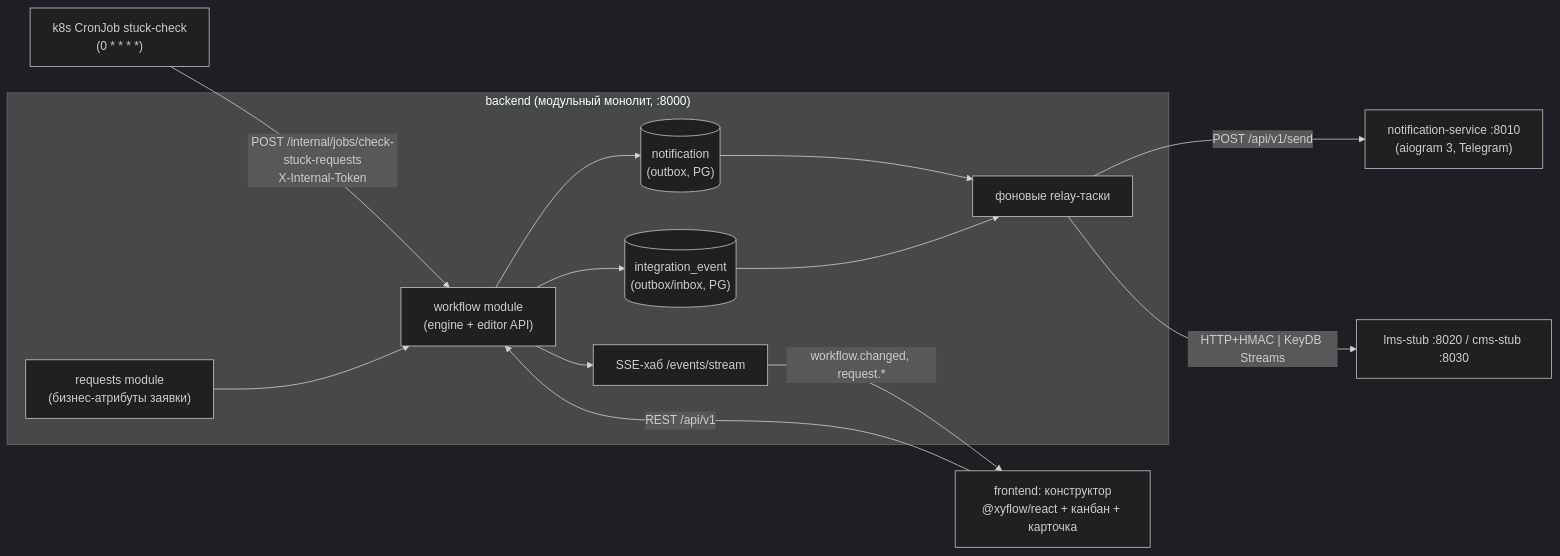
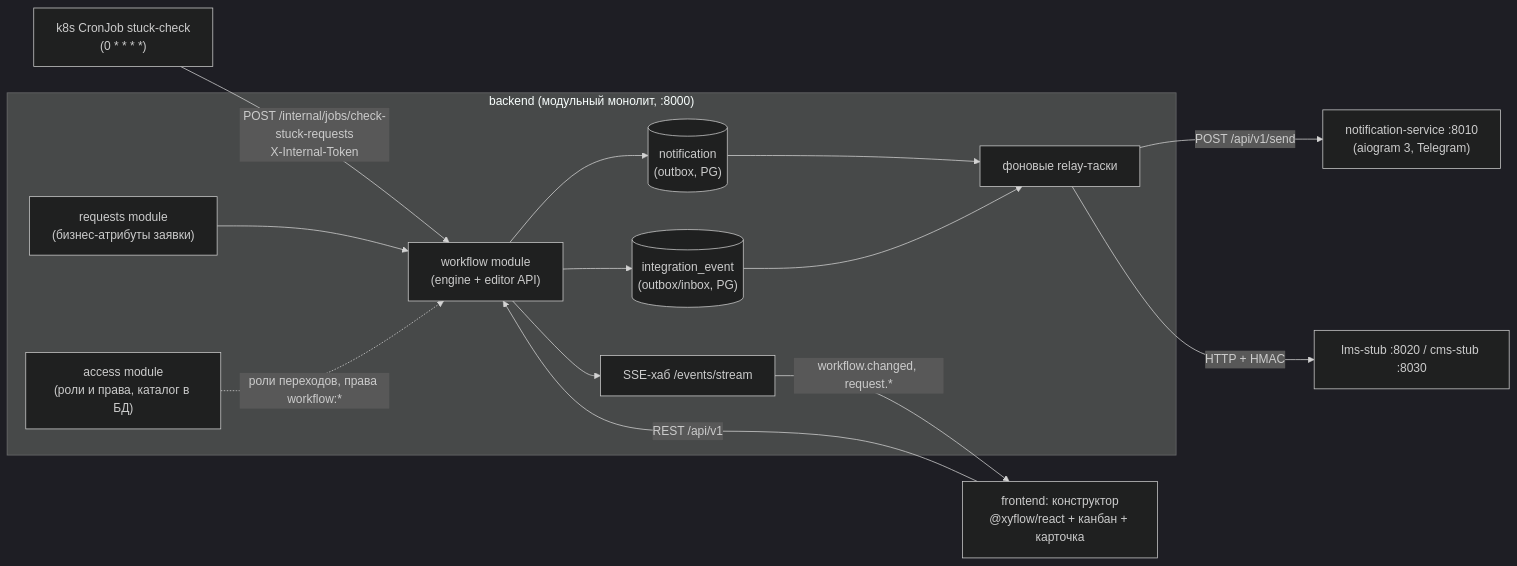
The first of 3 diagrams in docs/design/workflow-engine.md (ilya2108/Collabse-LCT-Alma), drawn with Mermaid (dark theme) before and after one commit. The commit also changed other lines of this file and 26 other files, not shown here.

````diff
--- a/docs/design/workflow-engine.md
+++ b/docs/design/workflow-engine.md
@@ -40,17 +43,19 @@
 ```mermaid
 flowchart LR
     subgraph backend["backend (модульный монолит, :8000)"]
         WF["workflow module\n(engine + editor API)"]
         REQ["requests module\n(бизнес-атрибуты заявки)"]
+        ACC["access module\n(роли и права, каталог в БД)"]
         NOTIF_OB[("notification\n(outbox, PG)")]
         INTG_OB[("integration_event\n(outbox/inbox, PG)")]
         RELAY["фоновые relay-таски"]
         SSE["SSE-хаб /events/stream"]
     end
     UI["frontend: конструктор\n@xyflow/react + канбан + карточка"] -->|REST /api/v1| WF
     CRON["k8s CronJob stuck-check\n(0 * * * *)"] -->|"POST /internal/jobs/check-stuck-requests\nX-Internal-Token"| WF
     WF --> NOTIF_OB --> RELAY -->|"POST /api/v1/send"| NS["notification-service :8010\n(aiogram 3, Telegram)"]
-    WF --> INTG_OB --> RELAY -->|"HTTP+HMAC | KeyDB Streams"| STUBS["lms-stub :8020 / cms-stub :8030"]
+    WF --> INTG_OB --> RELAY -->|"HTTP + HMAC"| STUBS["lms-stub :8020 / cms-stub :8030"]
     WF --> SSE -->|"workflow.changed, request.*"| UI
     REQ --> WF
+    ACC -.->|"роли переходов, права workflow:*"| WF
 ```
````
